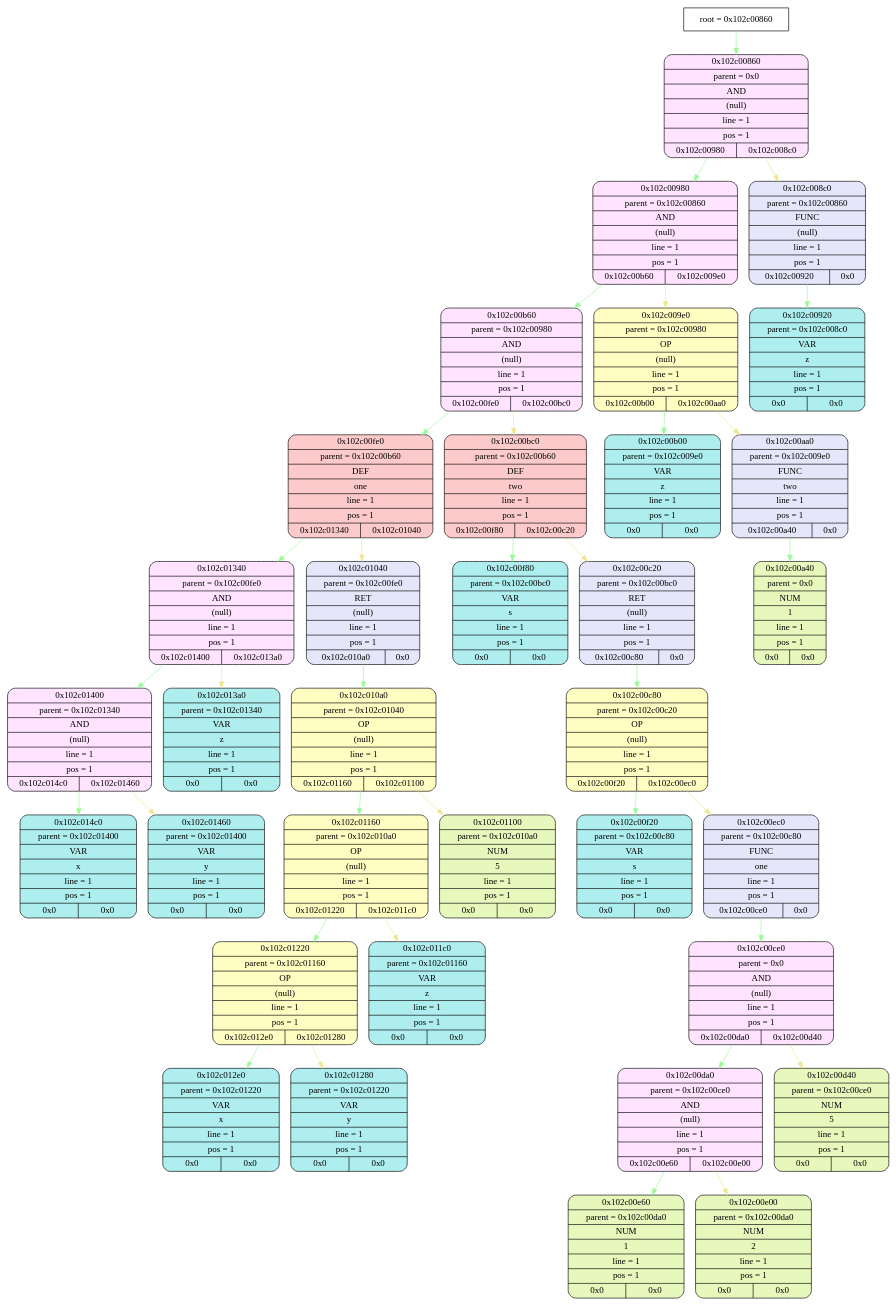
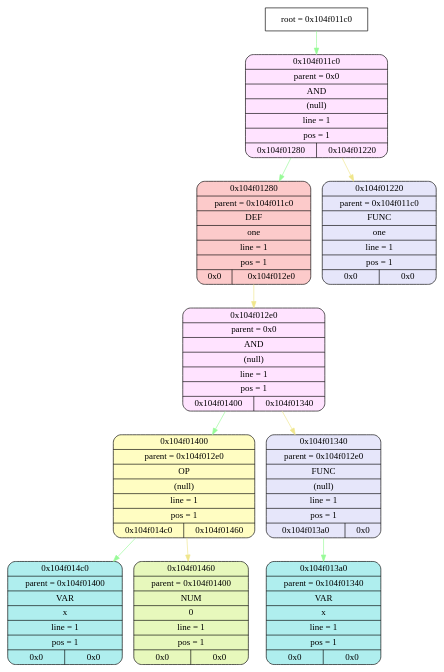
The diagram in frontend/tmp/graphviz.dot (esgalimov/language), drawn with Graphviz before and after one commit. The commit also changed 20 other files, not shown here.

```diff
--- a/frontend/tmp/graphviz.dot
+++ b/frontend/tmp/graphviz.dot
@@ -1,107 +1,32 @@
 digraph
 {
-    node_info[shape = record, label = "{root = 0x102c00860}"];
+    node_info[shape = record, label = "{root = 0x104f011c0}"];
 
-    node_info->node_0x102c00860 [color = "#98FB98"];
-    node_0x102c00860[shape = Mrecord, label = "{{0x102c00860} | {parent =  0x0} | {AND} | {(null)} | {line = 1} | {pos = 1} | {0x102c00980 | 0x102c008c0}}",
+    node_info->node_0x104f011c0 [color = "#98FB98"];
+    node_0x104f011c0[shape = Mrecord, label = "{{0x104f011c0} | {parent =  0x0} | {AND} | {(null)} | {line = 1} | {pos = 1} | {0x104f01280 | 0x104f01220}}",
                                         style="filled", fillcolor="#FFE3FF"];
-    node_0x102c00980[shape = Mrecord, label = "{{0x102c00980} | {parent =  0x102c00860} | {AND} | {(null)} | {line = 1} | {pos = 1} | {0x102c00b60 | 0x102c009e0}}",
+    node_0x104f01280[shape = Mrecord, label = "{{0x104f01280} | {parent =  0x104f011c0} | {DEF} | {one} | {line = 1} | {pos = 1} | {0x0 | 0x104f012e0}}",
+                                        style="filled", fillcolor="#FCCACA"];
+    node_0x104f012e0[shape = Mrecord, label = "{{0x104f012e0} | {parent =  0x0} | {AND} | {(null)} | {line = 1} | {pos = 1} | {0x104f01400 | 0x104f01340}}",
                                         style="filled", fillcolor="#FFE3FF"];
-    node_0x102c00b60[shape = Mrecord, label = "{{0x102c00b60} | {parent =  0x102c00980} | {AND} | {(null)} | {line = 1} | {pos = 1} | {0x102c00fe0 | 0x102c00bc0}}",
-                                        style="filled", fillcolor="#FFE3FF"];
-    node_0x102c00fe0[shape = Mrecord, label = "{{0x102c00fe0} | {parent =  0x102c00b60} | {DEF} | {one} | {line = 1} | {pos = 1} | {0x102c01340 | 0x102c01040}}",
-                                        style="filled", fillcolor="#FCCACA"];
-    node_0x102c01340[shape = Mrecord, label = "{{0x102c01340} | {parent =  0x102c00fe0} | {AND} | {(null)} | {line = 1} | {pos = 1} | {0x102c01400 | 0x102c013a0}}",
-                                        style="filled", fillcolor="#FFE3FF"];
-    node_0x102c01400[shape = Mrecord, label = "{{0x102c01400} | {parent =  0x102c01340} | {AND} | {(null)} | {line = 1} | {pos = 1} | {0x102c014c0 | 0x102c01460}}",
-                                        style="filled", fillcolor="#FFE3FF"];
-    node_0x102c014c0[shape = Mrecord, label = "{{0x102c014c0} | {parent =  0x102c01400} | {VAR} | {x} | {line = 1} | {pos = 1} | {0x0 | 0x0}}",
+    node_0x104f01400[shape = Mrecord, label = "{{0x104f01400} | {parent =  0x104f012e0} | {OP} | {(null)} | {line = 1} | {pos = 1} | {0x104f014c0 | 0x104f01460}}",
+                                        style="filled", fillcolor="#FFFDC2"];
+    node_0x104f014c0[shape = Mrecord, label = "{{0x104f014c0} | {parent =  0x104f01400} | {VAR} | {x} | {line = 1} | {pos = 1} | {0x0 | 0x0}}",
                                         style="filled", fillcolor="#AFEEEE"];
-    node_0x102c01460[shape = Mrecord, label = "{{0x102c01460} | {parent =  0x102c01400} | {VAR} | {y} | {line = 1} | {pos = 1} | {0x0 | 0x0}}",
+    node_0x104f01460[shape = Mrecord, label = "{{0x104f01460} | {parent =  0x104f01400} | {NUM} | {0} | {line = 1} | {pos = 1} | {0x0 | 0x0}}",
+                style="filled", fillcolor="#E7F8BC"];
+    node_0x104f01340[shape = Mrecord, label = "{{0x104f01340} | {parent =  0x104f012e0} | {FUNC} | {(null)} | {line = 1} | {pos = 1} | {0x104f013a0 | 0x0}}",
+                                        style="filled", fillcolor="#E6E6FA"];
+    node_0x104f013a0[shape = Mrecord, label = "{{0x104f013a0} | {parent =  0x104f01340} | {VAR} | {x} | {line = 1} | {pos = 1} | {0x0 | 0x0}}",
                                         style="filled", fillcolor="#AFEEEE"];
-    node_0x102c013a0[shape = Mrecord, label = "{{0x102c013a0} | {parent =  0x102c01340} | {VAR} | {z} | {line = 1} | {pos = 1} | {0x0 | 0x0}}",
-                                        style="filled", fillcolor="#AFEEEE"];
-    node_0x102c01040[shape = Mrecord, label = "{{0x102c01040} | {parent =  0x102c00fe0} | {RET} | {(null)} | {line = 1} | {pos = 1} | {0x102c010a0 | 0x0}}",
+    node_0x104f01220[shape = Mrecord, label = "{{0x104f01220} | {parent =  0x104f011c0} | {FUNC} | {one} | {line = 1} | {pos = 1} | {0x0 | 0x0}}",
                                         style="filled", fillcolor="#E6E6FA"];
-    node_0x102c010a0[shape = Mrecord, label = "{{0x102c010a0} | {parent =  0x102c01040} | {OP} | {(null)} | {line = 1} | {pos = 1} | {0x102c01160 | 0x102c01100}}",
-                                        style="filled", fillcolor="#FFFDC2"];
-    node_0x102c01160[shape = Mrecord, label = "{{0x102c01160} | {parent =  0x102c010a0} | {OP} | {(null)} | {line = 1} | {pos = 1} | {0x102c01220 | 0x102c011c0}}",
-                                        style="filled", fillcolor="#FFFDC2"];
-    node_0x102c01220[shape = Mrecord, label = "{{0x102c01220} | {parent =  0x102c01160} | {OP} | {(null)} | {line = 1} | {pos = 1} | {0x102c012e0 | 0x102c01280}}",
-                                        style="filled", fillcolor="#FFFDC2"];
-    node_0x102c012e0[shape = Mrecord, label = "{{0x102c012e0} | {parent =  0x102c01220} | {VAR} | {x} | {line = 1} | {pos = 1} | {0x0 | 0x0}}",
-                                        style="filled", fillcolor="#AFEEEE"];
-    node_0x102c01280[shape = Mrecord, label = "{{0x102c01280} | {parent =  0x102c01220} | {VAR} | {y} | {line = 1} | {pos = 1} | {0x0 | 0x0}}",
-                                        style="filled", fillcolor="#AFEEEE"];
-    node_0x102c011c0[shape = Mrecord, label = "{{0x102c011c0} | {parent =  0x102c01160} | {VAR} | {z} | {line = 1} | {pos = 1} | {0x0 | 0x0}}",
-                                        style="filled", fillcolor="#AFEEEE"];
-    node_0x102c01100[shape = Mrecord, label = "{{0x102c01100} | {parent =  0x102c010a0} | {NUM} | {5} | {line = 1} | {pos = 1} | {0x0 | 0x0}}",
-                style="filled", fillcolor="#E7F8BC"];
-    node_0x102c00bc0[shape = Mrecord, label = "{{0x102c00bc0} | {parent =  0x102c00b60} | {DEF} | {two} | {line = 1} | {pos = 1} | {0x102c00f80 | 0x102c00c20}}",
-                                        style="filled", fillcolor="#FCCACA"];
-    node_0x102c00f80[shape = Mrecord, label = "{{0x102c00f80} | {parent =  0x102c00bc0} | {VAR} | {s} | {line = 1} | {pos = 1} | {0x0 | 0x0}}",
-                                        style="filled", fillcolor="#AFEEEE"];
-    node_0x102c00c20[shape = Mrecord, label = "{{0x102c00c20} | {parent =  0x102c00bc0} | {RET} | {(null)} | {line = 1} | {pos = 1} | {0x102c00c80 | 0x0}}",
-                                        style="filled", fillcolor="#E6E6FA"];
-    node_0x102c00c80[shape = Mrecord, label = "{{0x102c00c80} | {parent =  0x102c00c20} | {OP} | {(null)} | {line = 1} | {pos = 1} | {0x102c00f20 | 0x102c00ec0}}",
-                                        style="filled", fillcolor="#FFFDC2"];
-    node_0x102c00f20[shape = Mrecord, label = "{{0x102c00f20} | {parent =  0x102c00c80} | {VAR} | {s} | {line = 1} | {pos = 1} | {0x0 | 0x0}}",
-                                        style="filled", fillcolor="#AFEEEE"];
-    node_0x102c00ec0[shape = Mrecord, label = "{{0x102c00ec0} | {parent =  0x102c00c80} | {FUNC} | {one} | {line = 1} | {pos = 1} | {0x102c00ce0 | 0x0}}",
-                                        style="filled", fillcolor="#E6E6FA"];
-    node_0x102c00ce0[shape = Mrecord, label = "{{0x102c00ce0} | {parent =  0x0} | {AND} | {(null)} | {line = 1} | {pos = 1} | {0x102c00da0 | 0x102c00d40}}",
-                                        style="filled", fillcolor="#FFE3FF"];
-    node_0x102c00da0[shape = Mrecord, label = "{{0x102c00da0} | {parent =  0x102c00ce0} | {AND} | {(null)} | {line = 1} | {pos = 1} | {0x102c00e60 | 0x102c00e00}}",
-                                        style="filled", fillcolor="#FFE3FF"];
-    node_0x102c00e60[shape = Mrecord, label = "{{0x102c00e60} | {parent =  0x102c00da0} | {NUM} | {1} | {line = 1} | {pos = 1} | {0x0 | 0x0}}",
-                style="filled", fillcolor="#E7F8BC"];
-    node_0x102c00e00[shape = Mrecord, label = "{{0x102c00e00} | {parent =  0x102c00da0} | {NUM} | {2} | {line = 1} | {pos = 1} | {0x0 | 0x0}}",
-                style="filled", fillcolor="#E7F8BC"];
-    node_0x102c00d40[shape = Mrecord, label = "{{0x102c00d40} | {parent =  0x102c00ce0} | {NUM} | {5} | {line = 1} | {pos = 1} | {0x0 | 0x0}}",
-                style="filled", fillcolor="#E7F8BC"];
-    node_0x102c009e0[shape = Mrecord, label = "{{0x102c009e0} | {parent =  0x102c00980} | {OP} | {(null)} | {line = 1} | {pos = 1} | {0x102c00b00 | 0x102c00aa0}}",
-                                        style="filled", fillcolor="#FFFDC2"];
-    node_0x102c00b00[shape = Mrecord, label = "{{0x102c00b00} | {parent =  0x102c009e0} | {VAR} | {z} | {line = 1} | {pos = 1} | {0x0 | 0x0}}",
-                                        style="filled", fillcolor="#AFEEEE"];
-    node_0x102c00aa0[shape = Mrecord, label = "{{0x102c00aa0} | {parent =  0x102c009e0} | {FUNC} | {two} | {line = 1} | {pos = 1} | {0x102c00a40 | 0x0}}",
-                                        style="filled", fillcolor="#E6E6FA"];
-    node_0x102c00a40[shape = Mrecord, label = "{{0x102c00a40} | {parent =  0x0} | {NUM} | {1} | {line = 1} | {pos = 1} | {0x0 | 0x0}}",
-                style="filled", fillcolor="#E7F8BC"];
-    node_0x102c008c0[shape = Mrecord, label = "{{0x102c008c0} | {parent =  0x102c00860} | {FUNC} | {(null)} | {line = 1} | {pos = 1} | {0x102c00920 | 0x0}}",
-                                        style="filled", fillcolor="#E6E6FA"];
-    node_0x102c00920[shape = Mrecord, label = "{{0x102c00920} | {parent =  0x102c008c0} | {VAR} | {z} | {line = 1} | {pos = 1} | {0x0 | 0x0}}",
-                                        style="filled", fillcolor="#AFEEEE"];
-    node_0x102c00860->node_0x102c00980 [color = "#98FB98"];
-    node_0x102c00980->node_0x102c00b60 [color = "#98FB98"];
-    node_0x102c00b60->node_0x102c00fe0 [color = "#98FB98"];
-    node_0x102c00fe0->node_0x102c01340 [color = "#98FB98"];
-    node_0x102c01340->node_0x102c01400 [color = "#98FB98"];
-    node_0x102c01400->node_0x102c014c0 [color = "#98FB98"];
-    node_0x102c01400->node_0x102c01460 [color = "#F0E68C"];
-    node_0x102c01340->node_0x102c013a0 [color = "#F0E68C"];
-    node_0x102c00fe0->node_0x102c01040 [color = "#F0E68C"];
-    node_0x102c01040->node_0x102c010a0 [color = "#98FB98"];
-    node_0x102c010a0->node_0x102c01160 [color = "#98FB98"];
-    node_0x102c01160->node_0x102c01220 [color = "#98FB98"];
-    node_0x102c01220->node_0x102c012e0 [color = "#98FB98"];
-    node_0x102c01220->node_0x102c01280 [color = "#F0E68C"];
-    node_0x102c01160->node_0x102c011c0 [color = "#F0E68C"];
-    node_0x102c010a0->node_0x102c01100 [color = "#F0E68C"];
-    node_0x102c00b60->node_0x102c00bc0 [color = "#F0E68C"];
-    node_0x102c00bc0->node_0x102c00f80 [color = "#98FB98"];
-    node_0x102c00bc0->node_0x102c00c20 [color = "#F0E68C"];
-    node_0x102c00c20->node_0x102c00c80 [color = "#98FB98"];
-    node_0x102c00c80->node_0x102c00f20 [color = "#98FB98"];
-    node_0x102c00c80->node_0x102c00ec0 [color = "#F0E68C"];
-    node_0x102c00ec0->node_0x102c00ce0 [color = "#98FB98"];
-    node_0x102c00ce0->node_0x102c00da0 [color = "#98FB98"];
-    node_0x102c00da0->node_0x102c00e60 [color = "#98FB98"];
-    node_0x102c00da0->node_0x102c00e00 [color = "#F0E68C"];
-    node_0x102c00ce0->node_0x102c00d40 [color = "#F0E68C"];
-    node_0x102c00980->node_0x102c009e0 [color = "#F0E68C"];
-    node_0x102c009e0->node_0x102c00b00 [color = "#98FB98"];
-    node_0x102c009e0->node_0x102c00aa0 [color = "#F0E68C"];
-    node_0x102c00aa0->node_0x102c00a40 [color = "#98FB98"];
-    node_0x102c00860->node_0x102c008c0 [color = "#F0E68C"];
-    node_0x102c008c0->node_0x102c00920 [color = "#98FB98"];
+    node_0x104f011c0->node_0x104f01280 [color = "#98FB98"];
+    node_0x104f01280->node_0x104f012e0 [color = "#F0E68C"];
+    node_0x104f012e0->node_0x104f01400 [color = "#98FB98"];
+    node_0x104f01400->node_0x104f014c0 [color = "#98FB98"];
+    node_0x104f01400->node_0x104f01460 [color = "#F0E68C"];
+    node_0x104f012e0->node_0x104f01340 [color = "#F0E68C"];
+    node_0x104f01340->node_0x104f013a0 [color = "#98FB98"];
+    node_0x104f011c0->node_0x104f01220 [color = "#F0E68C"];
 }
```
